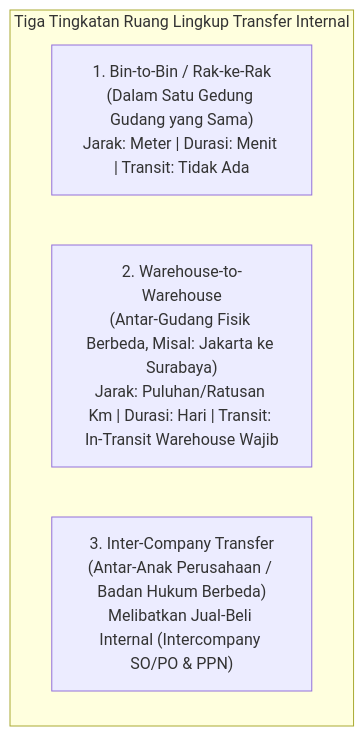
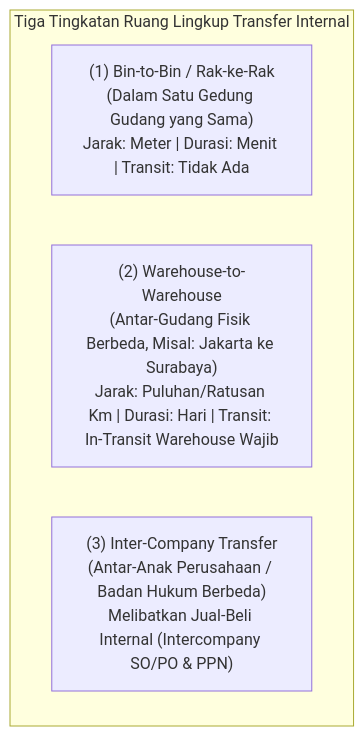
One commit to alimurrofid/erp-notes changed the first of 3 diagrams in content/05-inventory/internal-stock-transfer.md. Above: the diagram before and after it, drawn with Mermaid. The commit also changed other lines of this file and 132 other files, not shown here.

````diff
--- a/content/05-inventory/internal-stock-transfer.md
+++ b/content/05-inventory/internal-stock-transfer.md
@@ -25,8 +25,8 @@
 ```mermaid
 flowchart TD
     subgraph Scopes["Tiga Tingkatan Ruang Lingkup Transfer Internal"]
-        Bin2Bin["1. Bin-to-Bin / Rak-ke-Rak<br/>(Dalam Satu Gedung Gudang yang Sama)<br/>Jarak: Meter | Durasi: Menit | Transit: Tidak Ada"]
-        WH2WH["2. Warehouse-to-Warehouse<br/>(Antar-Gudang Fisik Berbeda, Misal: Jakarta ke Surabaya)<br/>Jarak: Puluhan/Ratusan Km | Durasi: Hari | Transit: In-Transit Warehouse Wajib"]
-        InterCo["3. Inter-Company Transfer<br/>(Antar-Anak Perusahaan / Badan Hukum Berbeda)<br/>Melibatkan Jual-Beli Internal (Intercompany SO/PO & PPN)"]
+        Bin2Bin["(1) Bin-to-Bin / Rak-ke-Rak<br/>(Dalam Satu Gedung Gudang yang Sama)<br/>Jarak: Meter | Durasi: Menit | Transit: Tidak Ada"]
+        WH2WH["(2) Warehouse-to-Warehouse<br/>(Antar-Gudang Fisik Berbeda, Misal: Jakarta ke Surabaya)<br/>Jarak: Puluhan/Ratusan Km | Durasi: Hari | Transit: In-Transit Warehouse Wajib"]
+        InterCo["(3) Inter-Company Transfer<br/>(Antar-Anak Perusahaan / Badan Hukum Berbeda)<br/>Melibatkan Jual-Beli Internal (Intercompany SO/PO & PPN)"]
     end
 ```
````
